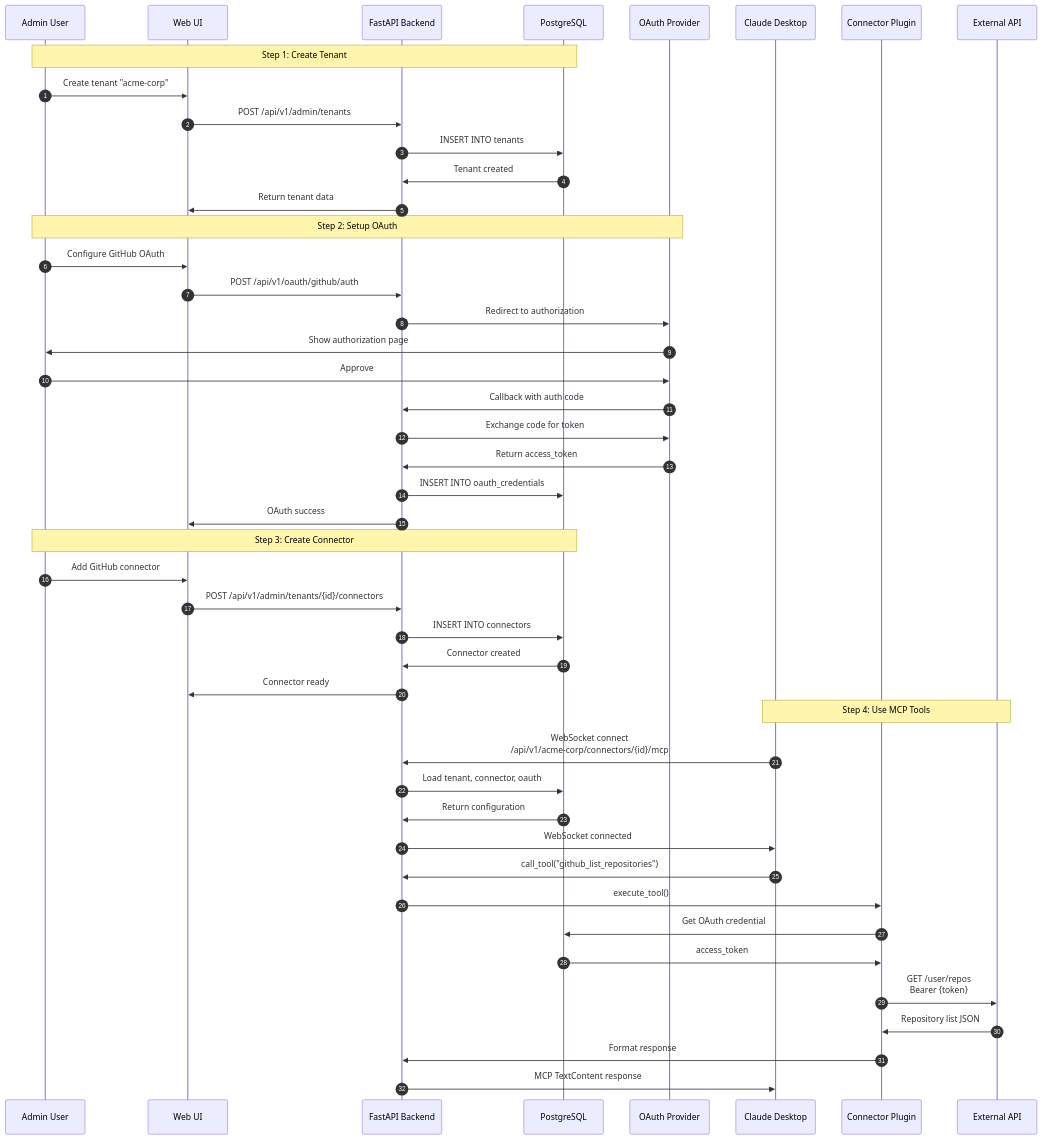
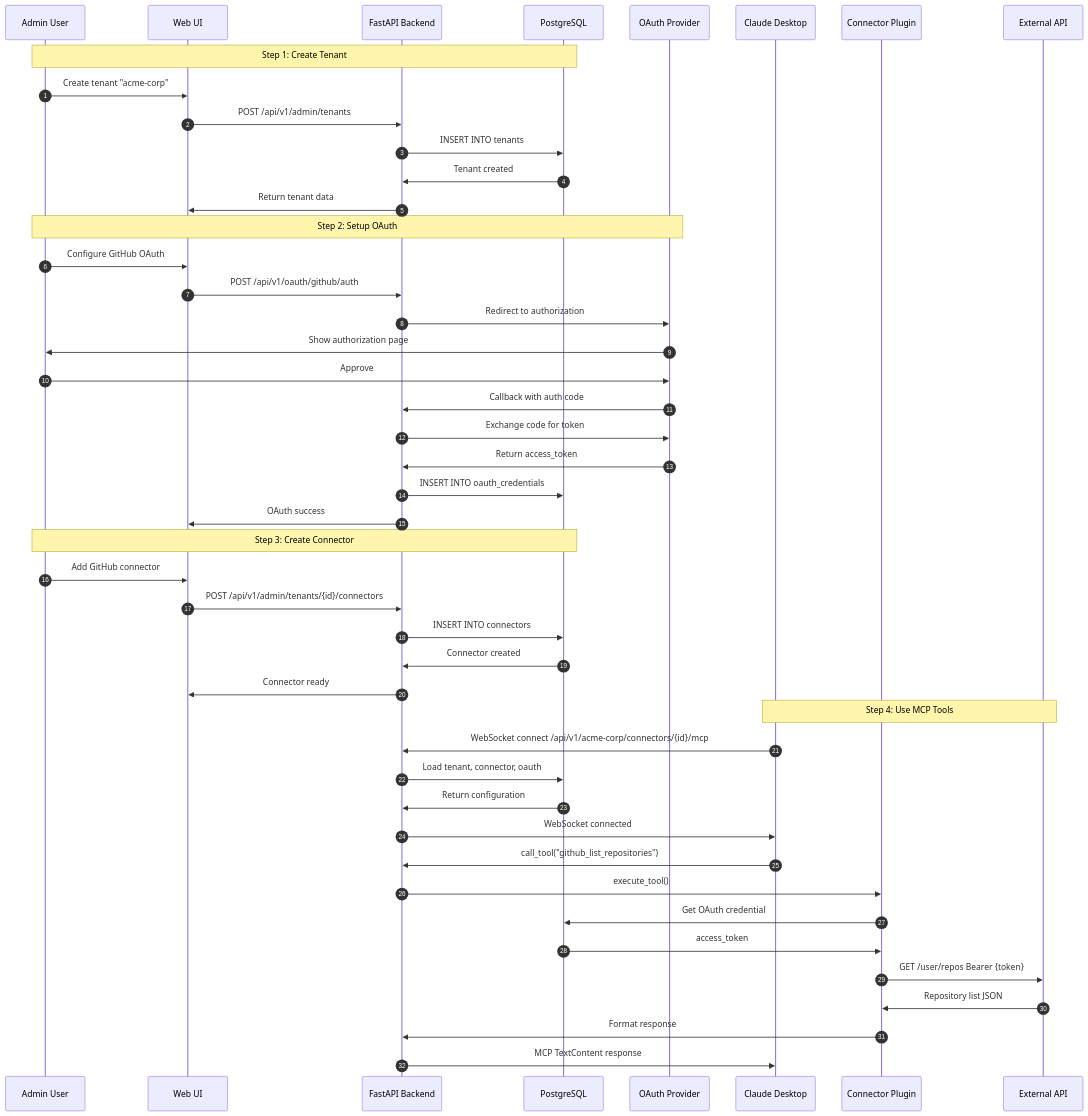
One commit to mvmcode/SageMCP changed the seventh of 11 diagrams in docs/architecture.md. Above: the diagram before and after it, drawn with Mermaid. The commit also changed other lines of this file, not shown here.

````diff
--- a/docs/architecture.md
+++ b/docs/architecture.md
@@ -358,53 +411,53 @@
 ```mermaid
 sequenceDiagram
     autonumber
     participant Admin as Admin User
     participant UI as Web UI
     participant API as FastAPI Backend
     participant DB as PostgreSQL
     participant Provider as OAuth Provider
     participant Claude as Claude Desktop
     participant Connector as Connector Plugin
     participant ExtAPI as External API
 
     Note over Admin,DB: Step 1: Create Tenant
     Admin->>UI: Create tenant "acme-corp"
     UI->>API: POST /api/v1/admin/tenants
     API->>DB: INSERT INTO tenants
     DB->>API: Tenant created
     API->>UI: Return tenant data
 
     Note over Admin,Provider: Step 2: Setup OAuth
     Admin->>UI: Configure GitHub OAuth
     UI->>API: POST /api/v1/oauth/github/auth
     API->>Provider: Redirect to authorization
     Provider->>Admin: Show authorization page
     Admin->>Provider: Approve
     Provider->>API: Callback with auth code
     API->>Provider: Exchange code for token
     Provider->>API: Return access_token
     API->>DB: INSERT INTO oauth_credentials
     API->>UI: OAuth success
 
     Note over Admin,DB: Step 3: Create Connector
     Admin->>UI: Add GitHub connector
     UI->>API: POST /api/v1/admin/tenants/{id}/connectors
     API->>DB: INSERT INTO connectors
     DB->>API: Connector created
     API->>UI: Connector ready
 
     Note over Claude,ExtAPI: Step 4: Use MCP Tools
-    Claude->>API: WebSocket connect<br/>/api/v1/acme-corp/connectors/{id}/mcp
+    Claude->>API: WebSocket connect /api/v1/acme-corp/connectors/{id}/mcp
     API->>DB: Load tenant, connector, oauth
     DB->>API: Return configuration
     API->>Claude: WebSocket connected
 
     Claude->>API: call_tool("github_list_repositories")
     API->>Connector: execute_tool()
     Connector->>DB: Get OAuth credential
     DB->>Connector: access_token
-    Connector->>ExtAPI: GET /user/repos<br/>Bearer {token}
+    Connector->>ExtAPI: GET /user/repos Bearer {token}
     ExtAPI->>Connector: Repository list JSON
     Connector->>API: Format response
     API->>Claude: MCP TextContent response
 ```
````
